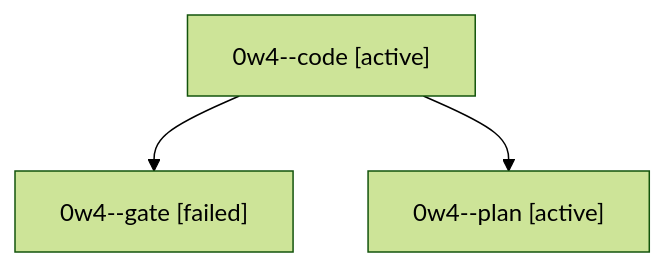
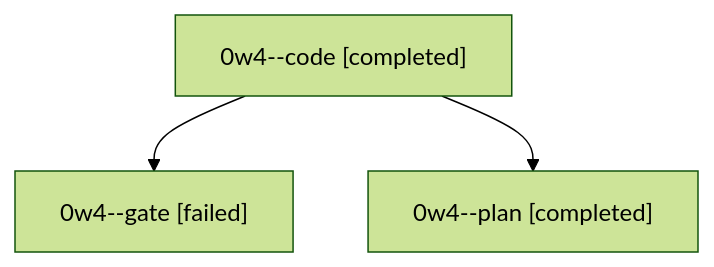
Before and after one commit to bobs-org/bob-cli--agents: the diagram in sessions/bbugyi200.athena.0w4.md, drawn with Mermaid (forest theme). The commit also changed other lines of this file and 70 other files, not shown here.

````diff
--- a/sessions/bbugyi200.athena.0w4.md
+++ b/sessions/bbugyi200.athena.0w4.md
@@ -9,8 +9,8 @@
 ```mermaid
 flowchart TD
-  n0["0w4--code [active]"]
+  n0["0w4--code [completed]"]
   n1["0w4--gate [failed]"]
   n0 --> n1
-  n2["0w4--plan [active]"]
+  n2["0w4--plan [completed]"]
   n0 --> n2
 ```
````
